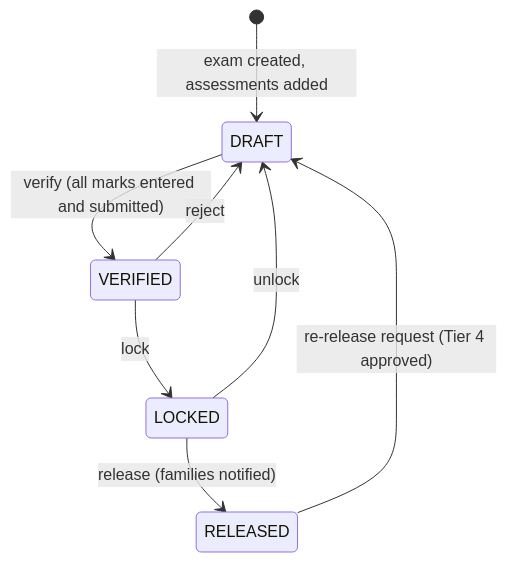
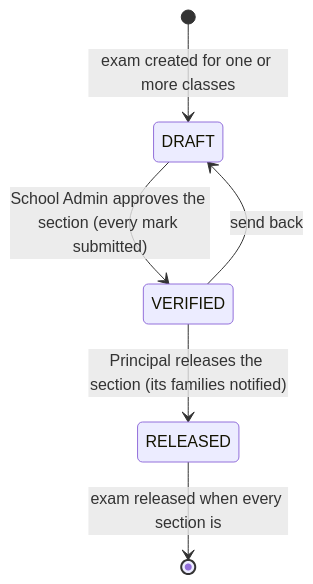
Before and after one commit to DhanaSekhar-0-1/ERP_System: the seventh of 10 diagrams in docs/role-scenarios.md, drawn with Mermaid. The commit also changed other lines of this file and 2 other files, not shown here.

````diff
--- a/docs/role-scenarios.md
+++ b/docs/role-scenarios.md
@@ -242,10 +257,8 @@
 ```mermaid
 stateDiagram-v2
-  [*] --> DRAFT: exam created, assessments added
-  DRAFT --> VERIFIED: verify (all marks entered and submitted)
-  VERIFIED --> DRAFT: reject
-  VERIFIED --> LOCKED: lock
-  LOCKED --> DRAFT: unlock
-  LOCKED --> RELEASED: release (families notified)
-  RELEASED --> DRAFT: re-release request (Tier 4 approved)
+  [*] --> DRAFT: exam created for one or more classes
+  DRAFT --> VERIFIED: School Admin approves the section (every mark submitted)
+  VERIFIED --> DRAFT: send back
+  VERIFIED --> RELEASED: Principal releases the section (its families notified)
+  RELEASED --> [*]: exam released when every section is
 ```
````
